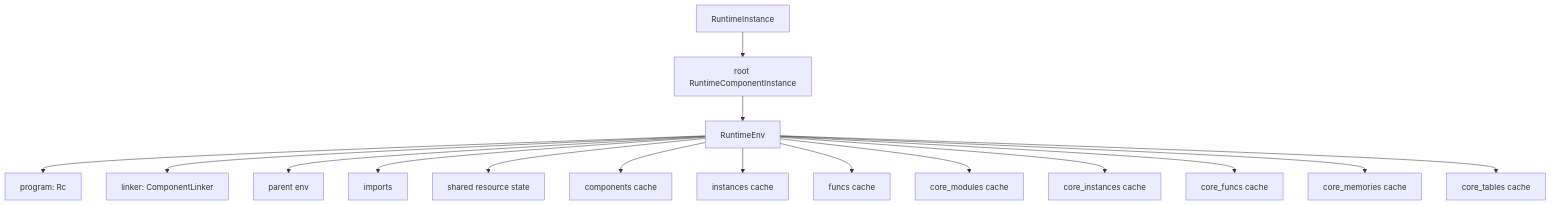
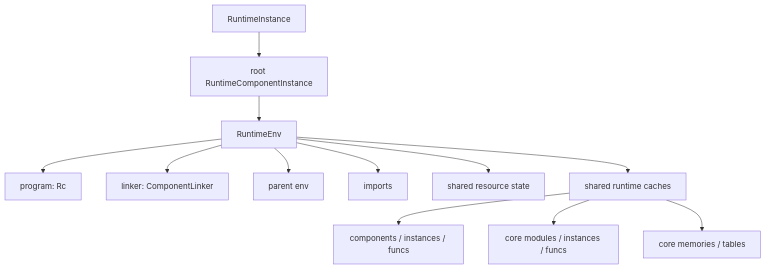
One commit to yieldspace/telomere changed the sixth of 12 diagrams in docs/component-model/relation-driven-runtime.md. Above: the diagram before and after it, drawn with Mermaid. The commit also changed other lines of this file and 25 other files, not shown here.

````diff
--- a/docs/component-model/relation-driven-runtime.md
+++ b/docs/component-model/relation-driven-runtime.md
@@ -128,18 +128,14 @@
 ```mermaid
 flowchart TD
     A["RuntimeInstance"] --> B["root RuntimeComponentInstance"]
     B --> C["RuntimeEnv"]
     C --> D["program: Rc<ComponentProgram>"]
     C --> E["linker: ComponentLinker"]
     C --> F["parent env"]
     C --> G["imports"]
     C --> H["shared resource state"]
-    C --> I["components cache"]
-    C --> J["instances cache"]
-    C --> K["funcs cache"]
-    C --> L["core_modules cache"]
-    C --> M["core_instances cache"]
-    C --> N["core_funcs cache"]
-    C --> O["core_memories cache"]
-    C --> P["core_tables cache"]
+    C --> I["shared runtime caches"]
+    I --> J["components / instances / funcs"]
+    I --> K["core modules / instances / funcs"]
+    I --> L["core memories / tables"]
 ```
````
